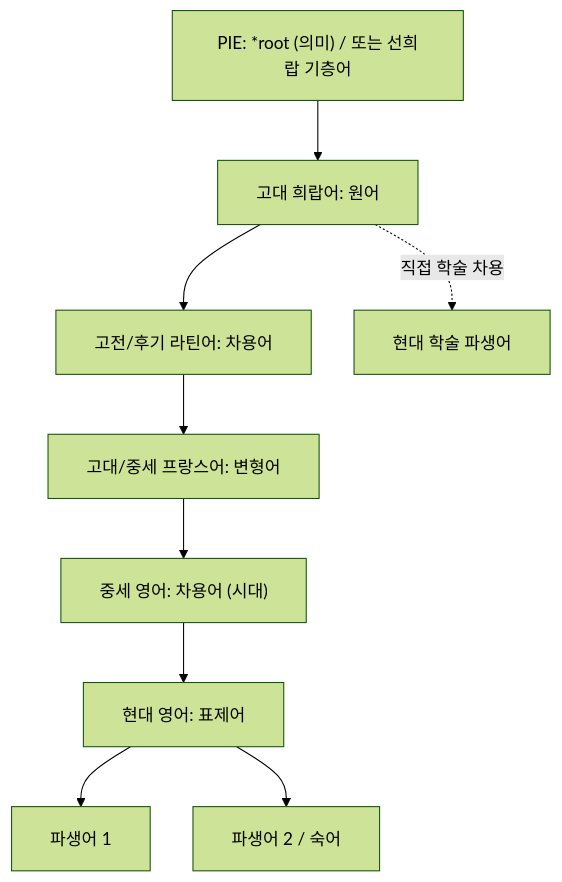
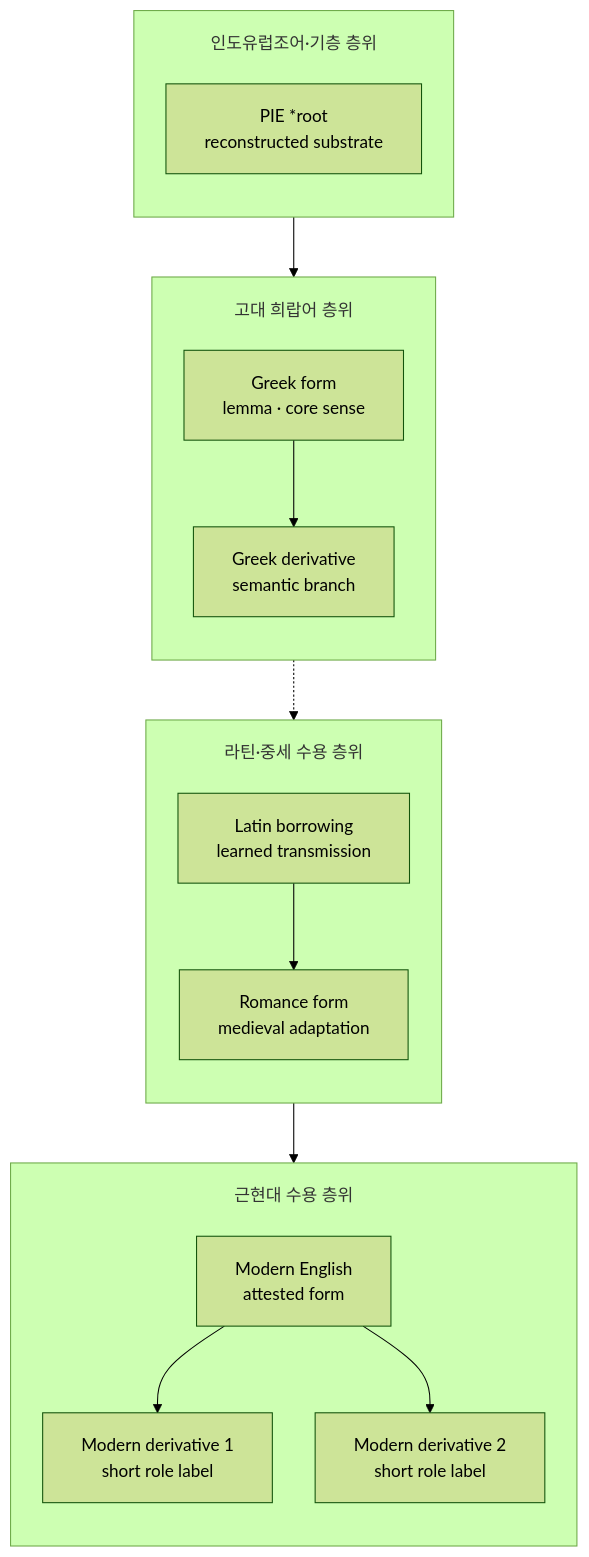
One commit to YgHnSIM/Homer_wiki changed the diagram in words/_template.md. Above: the diagram before and after it, drawn with Mermaid (forest theme).

Commit message:
refactor(words-template): Type C Mermaid example

````diff
--- a/words/_template.md
+++ b/words/_template.md
@@ -34,15 +34,31 @@
 ```mermaid
 %%{init: {'flowchart': {'useMaxWidth': true, 'nodeSpacing': 40, 'rankSpacing': 56, 'padding': 18, 'subGraphTitleMargin': {'top': 18, 'bottom': 10}}}}%%
 flowchart TD
-    %% 기본 어원 전파 경로
-    PIE["PIE: *root (의미) / 또는 선희랍 기층어"] --> GRK["고대 희랍어: 원어"]
-    GRK --> LAT["고전/후기 라틴어: 차용어"]
-    LAT --> OFR["고대/중세 프랑스어: 변형어"]
-    OFR --> ME["중세 영어: 차용어 (시대)"]
-    ME --> MOD["현대 영어: 표제어"]
-
-    %% 현대 파생어 및 학술 차용 분기
-    MOD --> DERIV1["파생어 1"]
-    MOD --> DERIV2["파생어 2 / 숙어"]
-    GRK -.->|직접 학술 차용| MOD2["현대 학술 파생어"]
+    subgraph PIE_Stage ["인도유럽조어·기층 층위"]
+        direction TB
+        PIE["PIE *root<br/>reconstructed substrate"]:::substrate
+    end
+    subgraph Greek_Stage ["고대 희랍어 층위"]
+        direction TB
+        GRK["Greek form<br/>lemma · core sense"]:::focus
+        GRKDER["Greek derivative<br/>semantic branch"]:::greek
+        GRK --> GRKDER
+    end
+    subgraph Latin_Stage ["라틴·중세 수용 층위"]
+        direction TB
+        LAT["Latin borrowing<br/>learned transmission"]:::latin
+        OFR["Romance form<br/>medieval adaptation"]:::latin
+        LAT --> OFR
+    end
+    subgraph Modern_Stage ["근현대 수용 층위"]
+        direction TB
+        MOD["Modern English<br/>attested form"]:::english
+        DERIV1["Modern derivative 1<br/>short role label"]:::english
+        DERIV2["Modern derivative 2<br/>short role label"]:::english
+        MOD --> DERIV1
+        MOD --> DERIV2
+    end
+    PIE --> GRK
+    GRK -.-> LAT
+    OFR --> MOD
 ```
````
